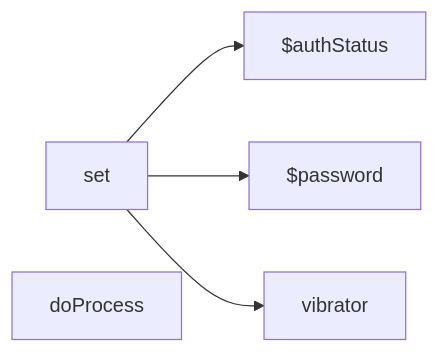
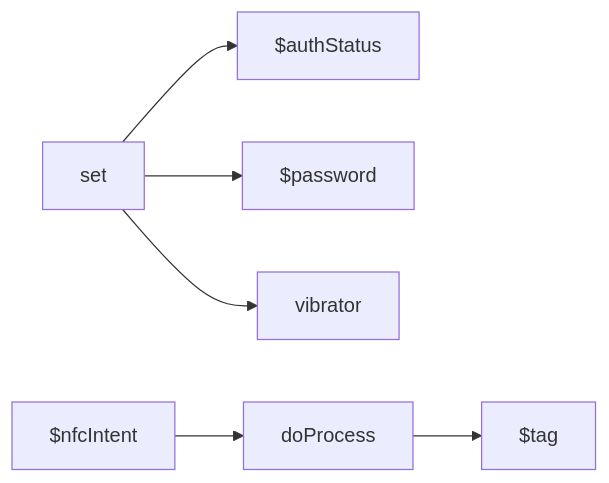
Before and after one commit to gordianknotC/nxp_note: the fourth of 4 diagrams in nxp/MainActivity.md, drawn with Mermaid. The commit also changed other lines of this file, not shown here.

Commit message:
nxp/MainActivity.md updated from https://stackedit.io/

````diff
--- a/nxp/MainActivity.md
+++ b/nxp/MainActivity.md
@@ -37,7 +37,8 @@
 ```mermaid
 graph LR
 	set --> $authStatus
 	set --> $password
 	set --> vibrator
-	doProcess
+	$nfcIntent --> doProcess
+	doProcess --> $tag
 ```
````
